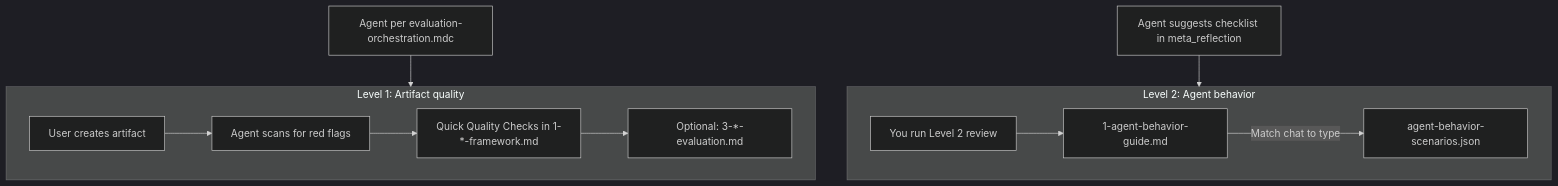
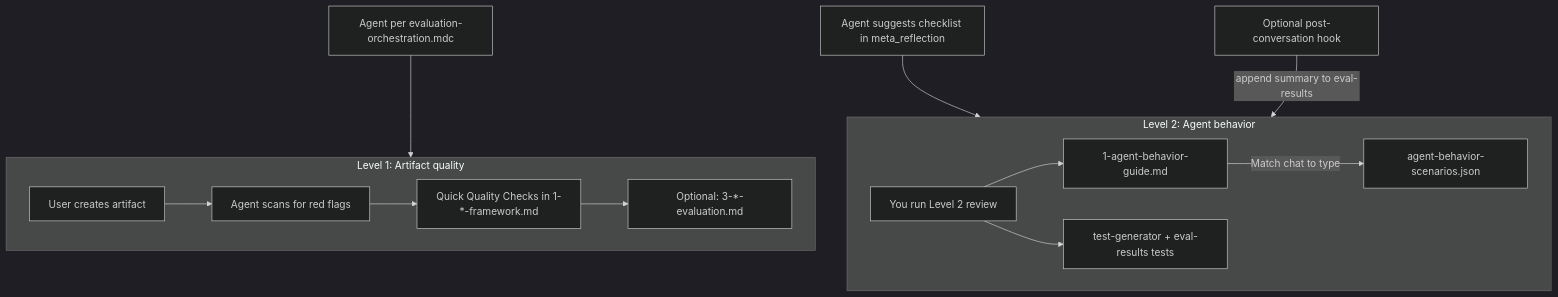
Before and after one commit to andreaskelm/pm-brain: the sixth of 8 diagrams in ARCHITECTURE.md, drawn with Mermaid (dark theme). The commit also changed other lines of this file and 19 other files, not shown here.

Commit message:
feat: Enhance product sense coaching with new skills, improved evaluation processes, and added test generator for agent behavior

````diff
--- a/ARCHITECTURE.md
+++ b/ARCHITECTURE.md
@@ -204,20 +204,23 @@
 ```mermaid
 flowchart TB
   subgraph L1["Level 1: Artifact quality"]
     Create[User creates artifact]
     Scan[Agent scans for red flags]
     QC[Quick Quality Checks in 1-*-framework.md]
     Eval3[Optional: 3-*-evaluation.md]
     Create --> Scan --> QC --> Eval3
   end
 
   subgraph L2["Level 2: Agent behavior"]
     Review[You run Level 2 review]
     Guide[1-agent-behavior-guide.md]
     Scenarios[agent-behavior-scenarios.json]
+    Tests[test-generator + eval-results tests]
     Review --> Guide -->|"Match chat to type"| Scenarios
+    Review --> Tests
   end
 
   Orchestrator[Agent per evaluation-orchestration.mdc] --> L1
   Meta2[Agent suggests checklist in meta_reflection] --> L2
+  Hook[Optional post-conversation hook] -->|"append summary to eval-results"| L2
 ```
````
